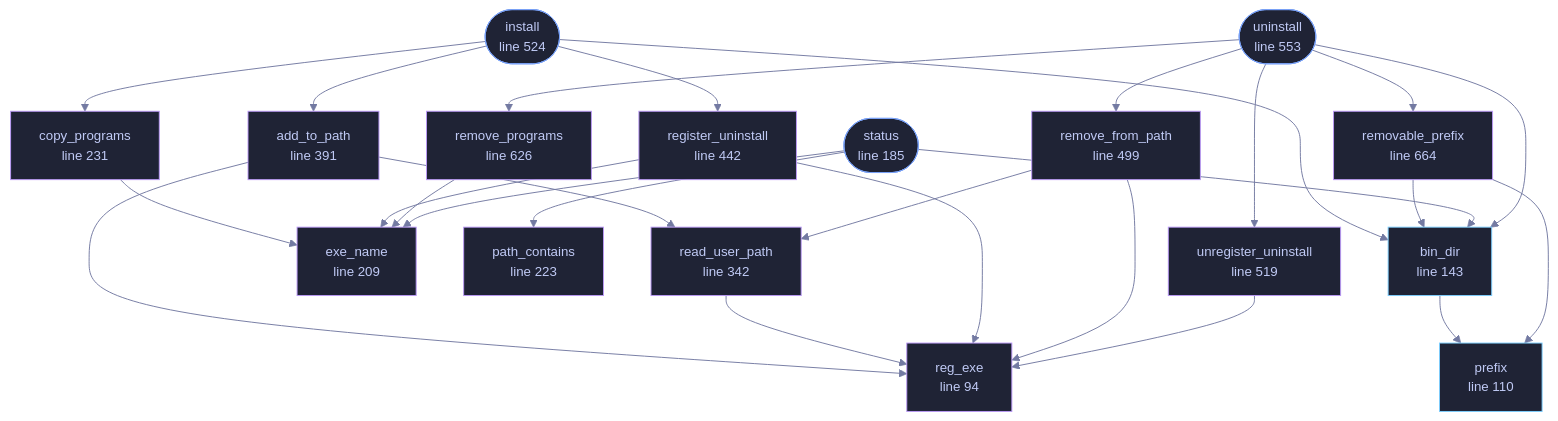
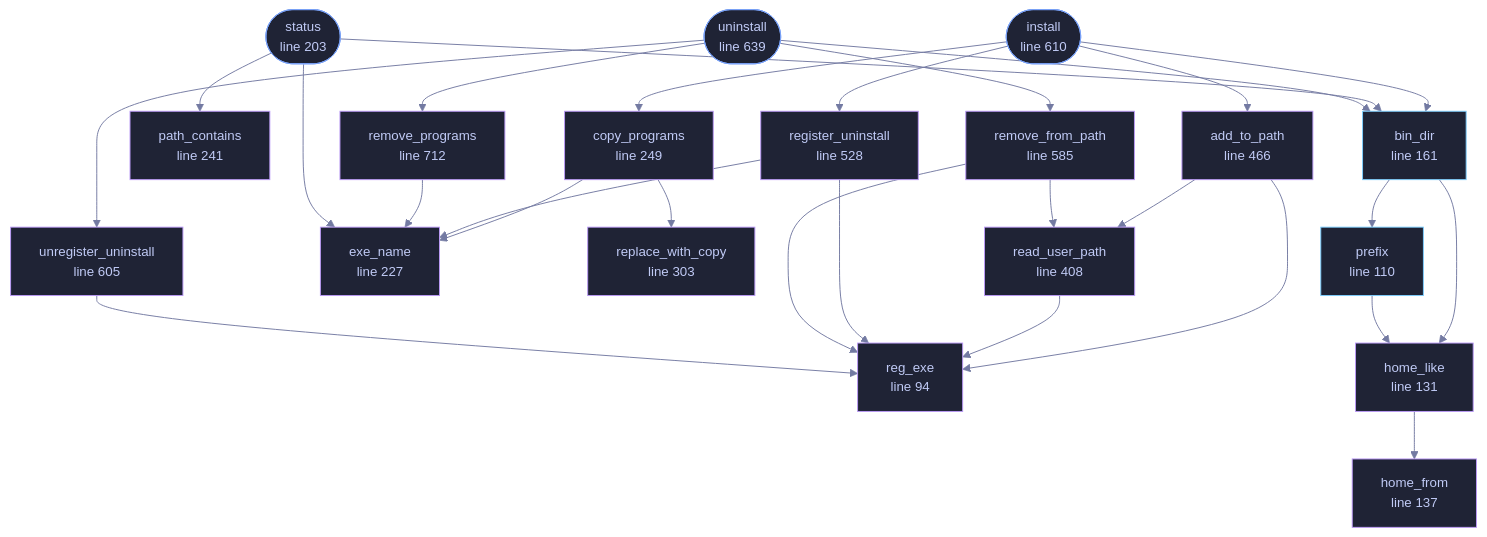
Before and after one commit to tilas01/veilvoice: the diagram in docs/files/veilvoice-setup/install.md, drawn with Mermaid. The commit also changed other lines of this file and 15 other files, not shown here.

````diff
--- a/docs/files/veilvoice-setup/install.md
+++ b/docs/files/veilvoice-setup/install.md
@@ -131,75 +134,80 @@
 ```mermaid
 %%{init: {"theme":"base","themeVariables":{"background":"#1a1b26","primaryColor":"#1f2335","primaryTextColor":"#c0caf5","primaryBorderColor":"#7aa2f7","secondaryColor":"#16161e","tertiaryColor":"#16161e","lineColor":"#737aa2","textColor":"#c0caf5","mainBkg":"#1f2335","nodeBorder":"#7aa2f7","clusterBkg":"#16161e","clusterBorder":"#2f3549","fontFamily":"ui-monospace, SFMono-Regular, Consolas, monospace","fontSize":"14px"}}}%%
 flowchart TD
     n_reg_exe["reg_exe<br/>line 94"]
     n_prefix["prefix<br/>line 110"]
-    n_bin_dir["bin_dir<br/>line 143"]
-    n_status(["status<br/>line 185"])
-    n_exe_name["exe_name<br/>line 209"]
-    n_path_contains["path_contains<br/>line 223"]
-    n_copy_programs["copy_programs<br/>line 231"]
-    n_add_to_path["add_to_path<br/>line 274"]
-    n_read_user_path["read_user_path<br/>line 342"]
-    n_add_to_path["add_to_path<br/>line 391"]
-    n_register_uninstall["register_uninstall<br/>line 401"]
-    n_register_uninstall["register_uninstall<br/>line 442"]
-    n_remove_from_path["remove_from_path<br/>line 453"]
-    n_remove_from_path["remove_from_path<br/>line 499"]
-    n_unregister_uninstall["unregister_uninstall<br/>line 509"]
-    n_unregister_uninstall["unregister_uninstall<br/>line 519"]
-    n_install(["install<br/>line 524"])
-    n_uninstall(["uninstall<br/>line 553"])
-    n_remove_programs["remove_programs<br/>line 626"]
-    n_removable_prefix["removable_prefix<br/>line 664"]
+    n_home_like["home_like<br/>line 131"]
+    n_home_from["home_from<br/>line 137"]
+    n_bin_dir["bin_dir<br/>line 161"]
+    n_status(["status<br/>line 203"])
+    n_exe_name["exe_name<br/>line 227"]
+    n_path_contains["path_contains<br/>line 241"]
+    n_copy_programs["copy_programs<br/>line 249"]
+    n_replace_with_copy["replace_with_copy<br/>line 303"]
+    n_add_to_path["add_to_path<br/>line 340"]
+    n_read_user_path["read_user_path<br/>line 408"]
+    n_add_to_path["add_to_path<br/>line 466"]
+    n_register_uninstall["register_uninstall<br/>line 487"]
+    n_register_uninstall["register_uninstall<br/>line 528"]
+    n_remove_from_path["remove_from_path<br/>line 539"]
+    n_remove_from_path["remove_from_path<br/>line 585"]
+    n_unregister_uninstall["unregister_uninstall<br/>line 595"]
+    n_unregister_uninstall["unregister_uninstall<br/>line 605"]
+    n_install(["install<br/>line 610"])
+    n_uninstall(["uninstall<br/>line 639"])
+    n_remove_programs["remove_programs<br/>line 712"]
     n_add_to_path --> n_read_user_path
     n_add_to_path --> n_reg_exe
+    n_bin_dir --> n_home_like
     n_bin_dir --> n_prefix
     n_copy_programs --> n_exe_name
+    n_copy_programs --> n_replace_with_copy
+    n_home_like --> n_home_from
     n_install --> n_add_to_path
     n_install --> n_bin_dir
     n_install --> n_copy_programs
     n_install --> n_register_uninstall
+    n_prefix --> n_home_like
     n_read_user_path --> n_reg_exe
     n_register_uninstall --> n_exe_name
     n_register_uninstall --> n_reg_exe
-    n_removable_prefix --> n_bin_dir
-    n_removable_prefix --> n_prefix
     n_remove_from_path --> n_read_user_path
     n_remove_from_path --> n_reg_exe
     n_remove_programs --> n_exe_name
     n_status --> n_bin_dir
     n_status --> n_exe_name
     n_status --> n_path_contains
     n_uninstall --> n_bin_dir
-    n_uninstall --> n_removable_prefix
     n_uninstall --> n_remove_from_path
     n_uninstall --> n_remove_programs
     n_uninstall --> n_unregister_uninstall
     n_unregister_uninstall --> n_reg_exe
     click n_reg_exe href "https://github.com/tilas01/veilvoice/blob/main/crates/veilvoice-setup/src/install.rs#L94" "open the source"
     click n_prefix href "https://github.com/tilas01/veilvoice/blob/main/crates/veilvoice-setup/src/install.rs#L110" "open the source"
-    click n_bin_dir href "https://github.com/tilas01/veilvoice/blob/main/crates/veilvoice-setup/src/install.rs#L143" "open the source"
-    click n_status href "https://github.com/tilas01/veilvoice/blob/main/crates/veilvoice-setup/src/install.rs#L185" "open the source"
-    click n_exe_name href "https://github.com/tilas01/veilvoice/blob/main/crates/veilvoice-setup/src/install.rs#L209" "open the source"
-    click n_path_contains href "https://github.com/tilas01/veilvoice/blob/main/crates/veilvoice-setup/src/install.rs#L223" "open the source"
-    click n_copy_programs href "https://github.com/tilas01/veilvoice/blob/main/crates/veilvoice-setup/src/install.rs#L231" "open the source"
-    click n_add_to_path href "https://github.com/tilas01/veilvoice/blob/main/crates/veilvoice-setup/src/install.rs#L274" "open the source"
-    click n_read_user_path href "https://github.com/tilas01/veilvoice/blob/main/crates/veilvoice-setup/src/install.rs#L342" "open the source"
-    click n_add_to_path href "https://github.com/tilas01/veilvoice/blob/main/crates/veilvoice-setup/src/install.rs#L391" "open the source"
-    click n_register_uninstall href "https://github.com/tilas01/veilvoice/blob/main/crates/veilvoice-setup/src/install.rs#L401" "open the source"
-    click n_register_uninstall href "https://github.com/tilas01/veilvoice/blob/main/crates/veilvoice-setup/src/install.rs#L442" "open the source"
-    click n_remove_from_path href "https://github.com/tilas01/veilvoice/blob/main/crates/veilvoice-setup/src/install.rs#L453" "open the source"
-    click n_remove_from_path href "https://github.com/tilas01/veilvoice/blob/main/crates/veilvoice-setup/src/install.rs#L499" "open the source"
-    click n_unregister_uninstall href "https://github.com/tilas01/veilvoice/blob/main/crates/veilvoice-setup/src/install.rs#L509" "open the source"
-    click n_unregister_uninstall href "https://github.com/tilas01/veilvoice/blob/main/crates/veilvoice-setup/src/install.rs#L519" "open the source"
-    click n_install href "https://github.com/tilas01/veilvoice/blob/main/crates/veilvoice-setup/src/install.rs#L524" "open the source"
-    click n_uninstall href "https://github.com/tilas01/veilvoice/blob/main/crates/veilvoice-setup/src/install.rs#L553" "open the source"
-    click n_remove_programs href "https://github.com/tilas01/veilvoice/blob/main/crates/veilvoice-setup/src/install.rs#L626" "open the source"
-    click n_removable_prefix href "https://github.com/tilas01/veilvoice/blob/main/crates/veilvoice-setup/src/install.rs#L664" "open the source"
+    click n_home_like href "https://github.com/tilas01/veilvoice/blob/main/crates/veilvoice-setup/src/install.rs#L131" "open the source"
+    click n_home_from href "https://github.com/tilas01/veilvoice/blob/main/crates/veilvoice-setup/src/install.rs#L137" "open the source"
+    click n_bin_dir href "https://github.com/tilas01/veilvoice/blob/main/crates/veilvoice-setup/src/install.rs#L161" "open the source"
+    click n_status href "https://github.com/tilas01/veilvoice/blob/main/crates/veilvoice-setup/src/install.rs#L203" "open the source"
+    click n_exe_name href "https://github.com/tilas01/veilvoice/blob/main/crates/veilvoice-setup/src/install.rs#L227" "open the source"
+    click n_path_contains href "https://github.com/tilas01/veilvoice/blob/main/crates/veilvoice-setup/src/install.rs#L241" "open the source"
+    click n_copy_programs href "https://github.com/tilas01/veilvoice/blob/main/crates/veilvoice-setup/src/install.rs#L249" "open the source"
+    click n_replace_with_copy href "https://github.com/tilas01/veilvoice/blob/main/crates/veilvoice-setup/src/install.rs#L303" "open the source"
+    click n_add_to_path href "https://github.com/tilas01/veilvoice/blob/main/crates/veilvoice-setup/src/install.rs#L340" "open the source"
+    click n_read_user_path href "https://github.com/tilas01/veilvoice/blob/main/crates/veilvoice-setup/src/install.rs#L408" "open the source"
+    click n_add_to_path href "https://github.com/tilas01/veilvoice/blob/main/crates/veilvoice-setup/src/install.rs#L466" "open the source"
+    click n_register_uninstall href "https://github.com/tilas01/veilvoice/blob/main/crates/veilvoice-setup/src/install.rs#L487" "open the source"
+    click n_register_uninstall href "https://github.com/tilas01/veilvoice/blob/main/crates/veilvoice-setup/src/install.rs#L528" "open the source"
+    click n_remove_from_path href "https://github.com/tilas01/veilvoice/blob/main/crates/veilvoice-setup/src/install.rs#L539" "open the source"
+    click n_remove_from_path href "https://github.com/tilas01/veilvoice/blob/main/crates/veilvoice-setup/src/install.rs#L585" "open the source"
+    click n_unregister_uninstall href "https://github.com/tilas01/veilvoice/blob/main/crates/veilvoice-setup/src/install.rs#L595" "open the source"
+    click n_unregister_uninstall href "https://github.com/tilas01/veilvoice/blob/main/crates/veilvoice-setup/src/install.rs#L605" "open the source"
+    click n_install href "https://github.com/tilas01/veilvoice/blob/main/crates/veilvoice-setup/src/install.rs#L610" "open the source"
+    click n_uninstall href "https://github.com/tilas01/veilvoice/blob/main/crates/veilvoice-setup/src/install.rs#L639" "open the source"
+    click n_remove_programs href "https://github.com/tilas01/veilvoice/blob/main/crates/veilvoice-setup/src/install.rs#L712" "open the source"
     classDef entry fill:#1f2335,stroke:#7aa2f7,color:#c0caf5
     class n_status,n_install,n_uninstall entry
     classDef api fill:#1f2335,stroke:#7dcfff,color:#c0caf5
     class n_prefix,n_bin_dir api
     classDef helper fill:#1f2335,stroke:#bb9af7,color:#c0caf5
-    class n_reg_exe,n_exe_name,n_path_contains,n_copy_programs,n_add_to_path,n_read_user_path,n_add_to_path,n_register_uninstall,n_register_uninstall,n_remove_from_path,n_remove_from_path,n_unregister_uninstall,n_unregister_uninstall,n_remove_programs,n_removable_prefix helper
+    class n_reg_exe,n_home_like,n_home_from,n_exe_name,n_path_contains,n_copy_programs,n_replace_with_copy,n_add_to_path,n_read_user_path,n_add_to_path,n_register_uninstall,n_register_uninstall,n_remove_from_path,n_remove_from_path,n_unregister_uninstall,n_unregister_uninstall,n_remove_programs helper
 ```
````
